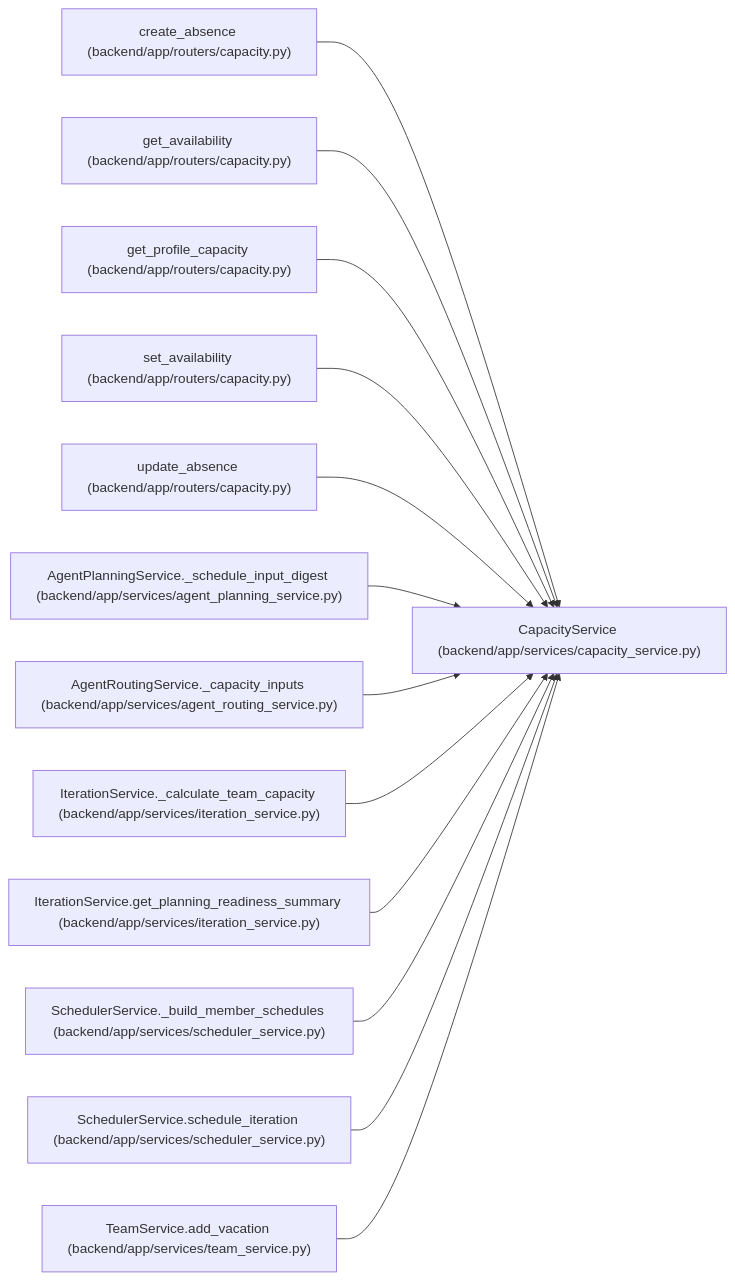
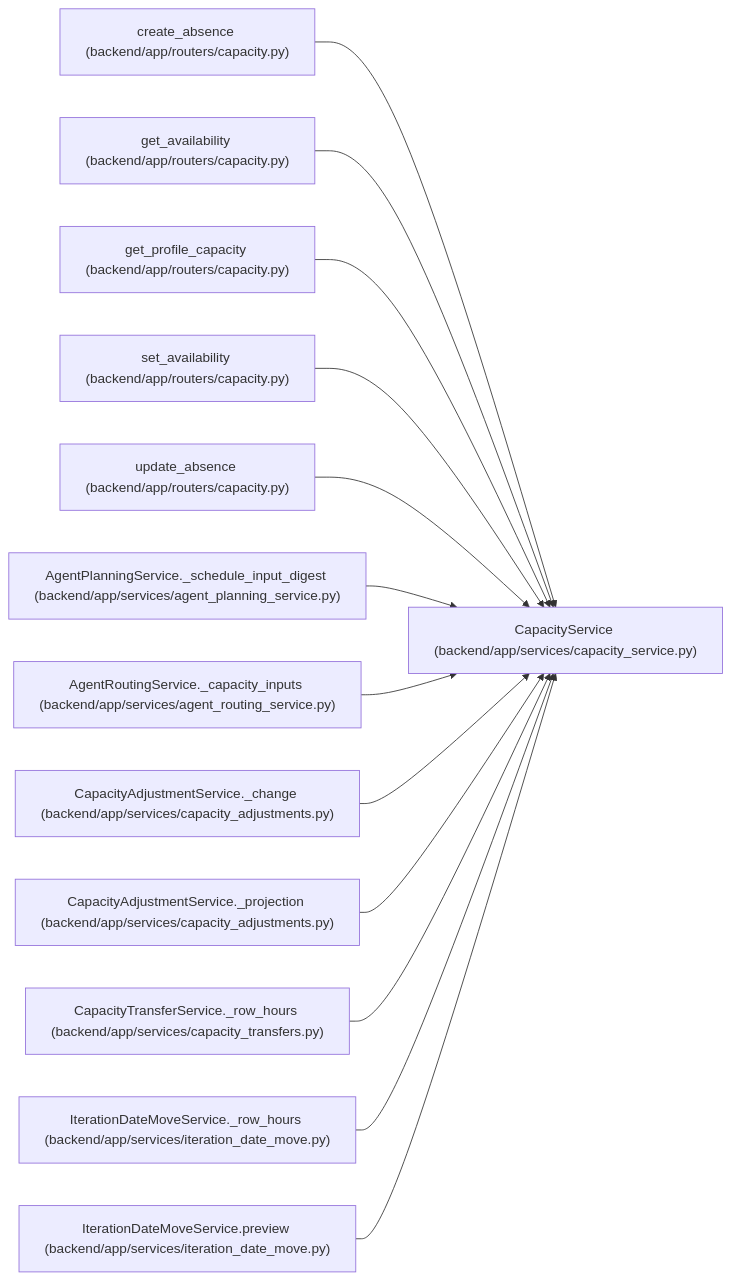
The diagram in docs/llm_wiki/entities/CapacityService.md (Denissvgn/WorkChord), drawn with Mermaid before and after one commit. The commit also changed other lines of this file and 1817 other files, not shown here.

First line of the commit message:
Refresh the architectural wiki for the 1.9.0 changes

````diff
--- a/docs/llm_wiki/entities/CapacityService.md
+++ b/docs/llm_wiki/entities/CapacityService.md
@@ -38,41 +38,41 @@
 ```mermaid
 flowchart LR
     n0["CapacityService (backend/app/services/capacity_service.py)"]
     n1["create_absence (backend/app/routers/capacity.py)"]
     n2["get_availability (backend/app/routers/capacity.py)"]
     n3["get_profile_capacity (backend/app/routers/capacity.py)"]
     n4["set_availability (backend/app/routers/capacity.py)"]
     n5["update_absence (backend/app/routers/capacity.py)"]
     n6["AgentPlanningService._schedule_input_digest (backend/app/services/agent_planning_service.py)"]
     n7["AgentRoutingService._capacity_inputs (backend/app/services/agent_routing_service.py)"]
-    n8["IterationService._calculate_team_capacity (backend/app/services/iteration_service.py)"]
-    n9["IterationService.get_planning_readiness_summary (backend/app/services/iteration_service.py)"]
-    n10["SchedulerService._build_member_schedules (backend/app/services/scheduler_service.py)"]
-    n11["SchedulerService.schedule_iteration (backend/app/services/scheduler_service.py)"]
-    n12["TeamService.add_vacation (backend/app/services/team_service.py)"]
+    n8["CapacityAdjustmentService._change (backend/app/services/capacity_adjustments.py)"]
+    n9["CapacityAdjustmentService._projection (backend/app/services/capacity_adjustments.py)"]
+    n10["CapacityTransferService._row_hours (backend/app/services/capacity_transfers.py)"]
+    n11["IterationDateMoveService._row_hours (backend/app/services/iteration_date_move.py)"]
+    n12["IterationDateMoveService.preview (backend/app/services/iteration_date_move.py)"]
     n1 --> n0
     n2 --> n0
     n3 --> n0
     n4 --> n0
     n5 --> n0
     n6 --> n0
     n7 --> n0
     n8 --> n0
     n9 --> n0
     n10 --> n0
     n11 --> n0
     n12 --> n0
     click n0 "../modules/capacity_service.md"
     click n1 "../modules/routers_capacity.md"
     click n2 "../modules/routers_capacity.md"
     click n3 "../modules/routers_capacity.md"
     click n4 "../modules/routers_capacity.md"
     click n5 "../modules/routers_capacity.md"
     click n6 "../modules/agent_planning_service.md"
     click n7 "../modules/agent_routing_service.md"
-    click n8 "../modules/iteration_service.md"
-    click n9 "../modules/iteration_service.md"
-    click n10 "../modules/scheduler_service.md"
-    click n11 "../modules/scheduler_service.md"
-    click n12 "../modules/team_service.md"
+    click n8 "../modules/capacity_adjustments.md"
+    click n9 "../modules/capacity_adjustments.md"
+    click n10 "../modules/capacity_transfers.md"
+    click n11 "../modules/iteration_date_move.md"
+    click n12 "../modules/iteration_date_move.md"
 ```
````
